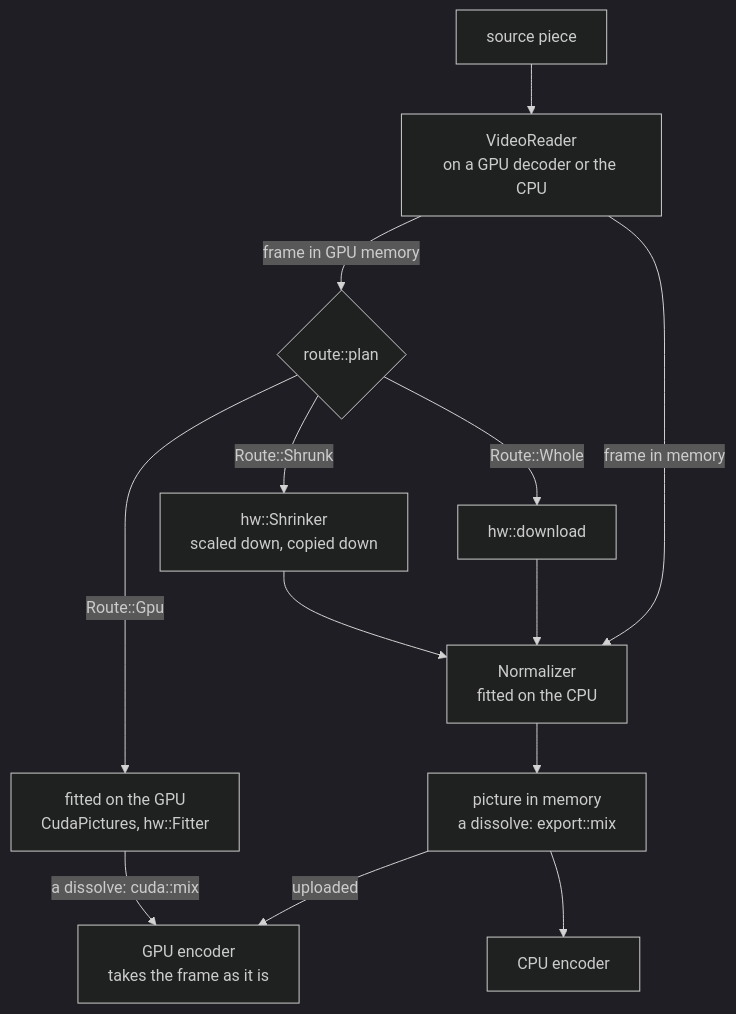
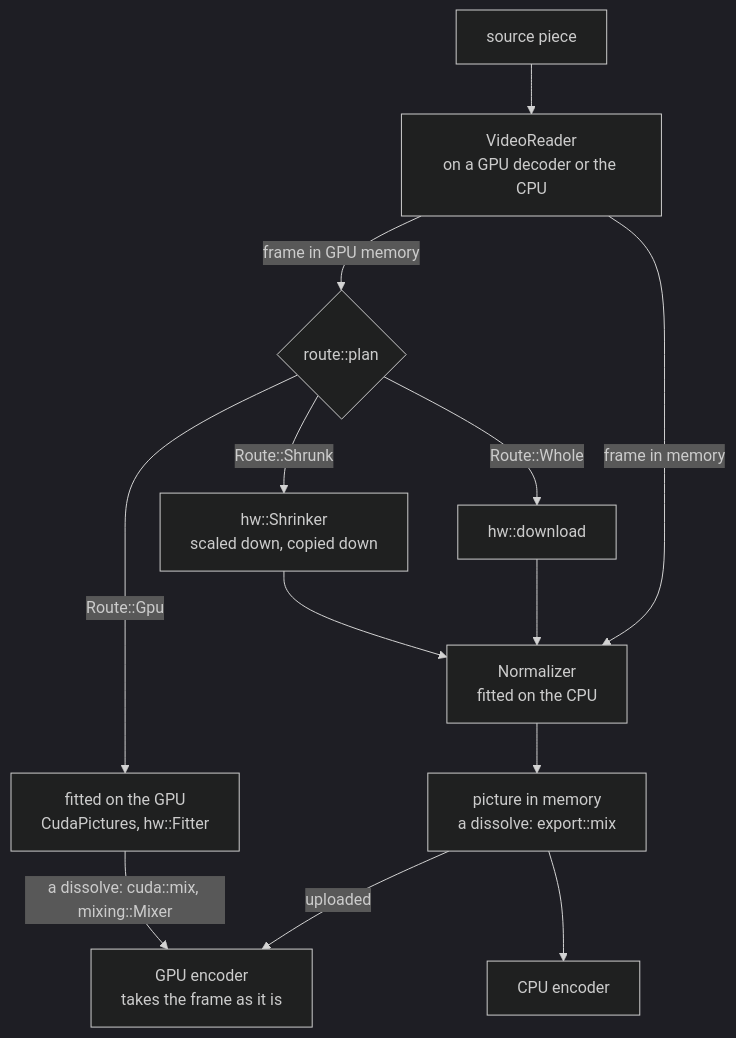
Before and after one commit to oittaa/vidcut: the second of 2 diagrams in docs/design/export.md, drawn with Mermaid (dark theme). The commit also changed other lines of this file and 10 other files, not shown here.

````diff
--- a/docs/design/export.md
+++ b/docs/design/export.md
@@ -198,15 +198,15 @@
 ```mermaid
 flowchart TD
   src["source piece"] --> reader["VideoReader<br>on a GPU decoder or the CPU"]
   reader -->|"frame in GPU memory"| plan{"route::plan"}
   reader -->|"frame in memory"| norm["Normalizer<br>fitted on the CPU"]
   plan -->|"Route::Gpu"| fit["fitted on the GPU<br>CudaPictures, hw::Fitter"]
   plan -->|"Route::Shrunk"| shrink["hw::Shrinker<br>scaled down, copied down"]
   plan -->|"Route::Whole"| down["hw::download"]
   shrink --> norm
   down --> norm
-  fit -->|"a dissolve: cuda::mix"| genc["GPU encoder<br>takes the frame as it is"]
+  fit -->|"a dissolve: cuda::mix, mixing::Mixer"| genc["GPU encoder<br>takes the frame as it is"]
   norm --> mem["picture in memory<br>a dissolve: export::mix"]
   mem -->|"uploaded"| genc
   mem --> cenc["CPU encoder"]
 ```
````
